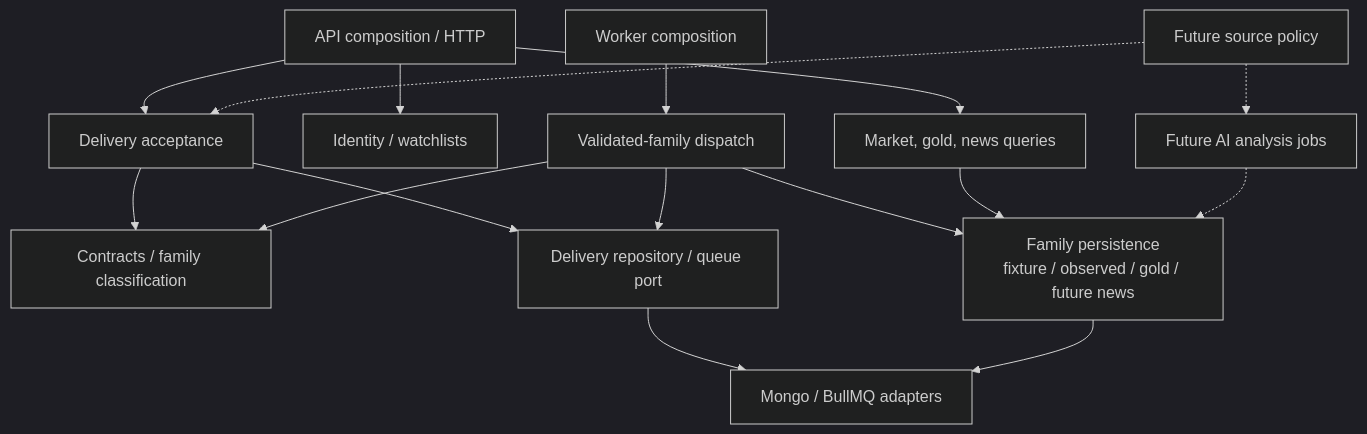
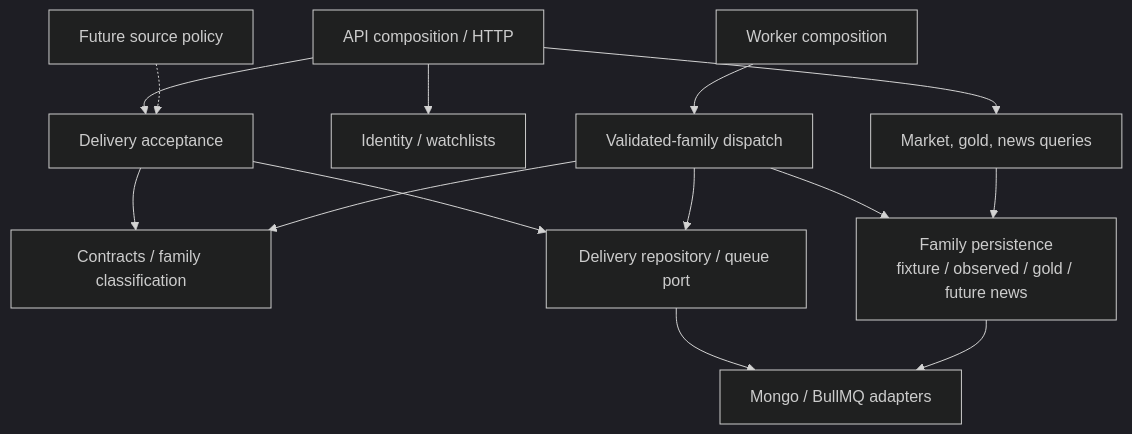
One commit to Son2110/Market-Pulse changed the third of 4 diagrams in docs/SYSTEM_ARCHITECTURE.md. Above: the diagram before and after it, drawn with Mermaid (dark theme). The commit also changed other lines of this file and 5 other files, not shown here.

````diff
--- a/docs/SYSTEM_ARCHITECTURE.md
+++ b/docs/SYSTEM_ARCHITECTURE.md
@@ -306,18 +327,16 @@
 ```mermaid
 flowchart TD
   API["API composition / HTTP"] --> Query["Market, gold, news queries"]
   API --> Identity["Identity / watchlists"]
   API --> Ingest["Delivery acceptance"]
   Worker["Worker composition"] --> Dispatch["Validated-family dispatch"]
   Ingest --> Contracts["Contracts / family classification"]
   Dispatch --> Contracts
   Dispatch --> Domain["Family persistence\nfixture / observed / gold / future news"]
   Query --> Domain
   Ingest --> Lifecycle["Delivery repository / queue port"]
   Dispatch --> Lifecycle
   Lifecycle --> Infra["Mongo / BullMQ adapters"]
   Domain --> Infra
   Policy["Future source policy"] -.-> Ingest
-  Policy -.-> AI["Future AI analysis jobs"]
-  AI -.-> Domain
 ```
````
